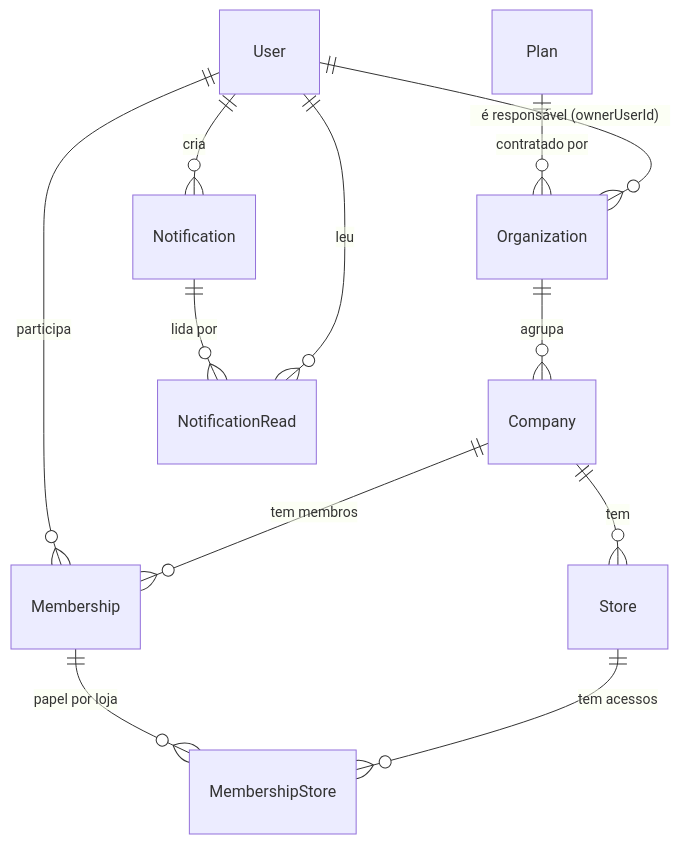
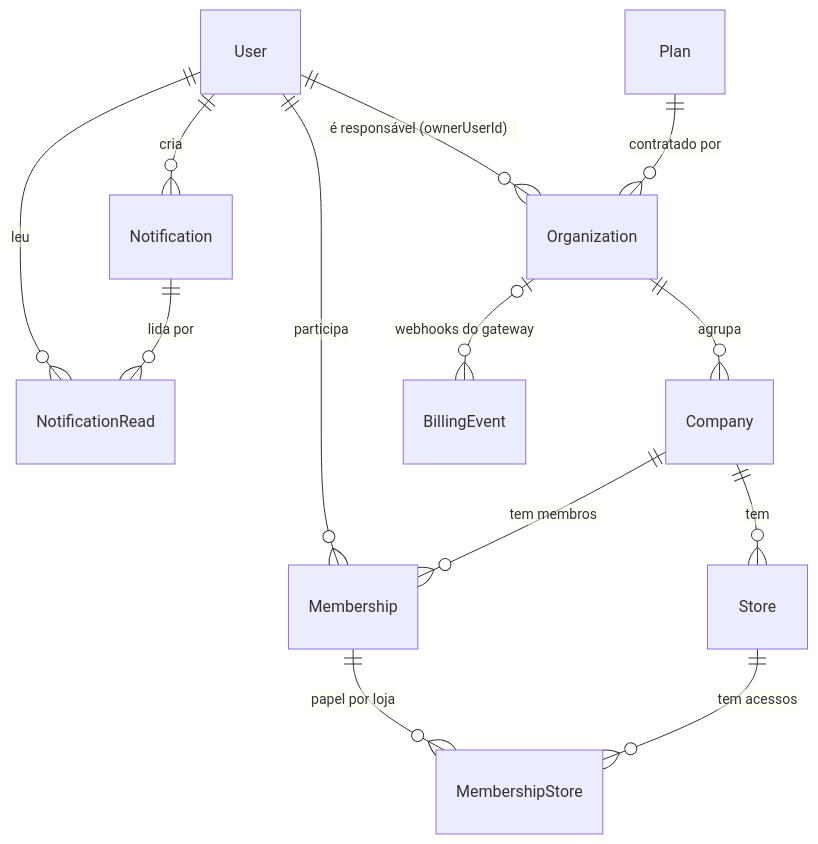
Before and after one commit to caetanocesar35dev/saas_distribuidora: the first of 4 diagrams in docs/BANCO_DE_DADOS.md, drawn with Mermaid. The commit also changed other lines of this file and 6 other files, not shown here.

````diff
--- a/docs/BANCO_DE_DADOS.md
+++ b/docs/BANCO_DE_DADOS.md
@@ -62,14 +63,15 @@
 ```mermaid
 erDiagram
     Plan ||--o{ Organization : "contratado por"
     User ||--o{ Organization : "é responsável (ownerUserId)"
     Organization ||--o{ Company : "agrupa"
     Company ||--o{ Store : "tem"
     User ||--o{ Membership : "participa"
     Company ||--o{ Membership : "tem membros"
     Membership ||--o{ MembershipStore : "papel por loja"
     Store ||--o{ MembershipStore : "tem acessos"
     User ||--o{ Notification : "cria"
     Notification ||--o{ NotificationRead : "lida por"
     User ||--o{ NotificationRead : "leu"
+    Organization |o--o{ BillingEvent : "webhooks do gateway"
 ```
````
